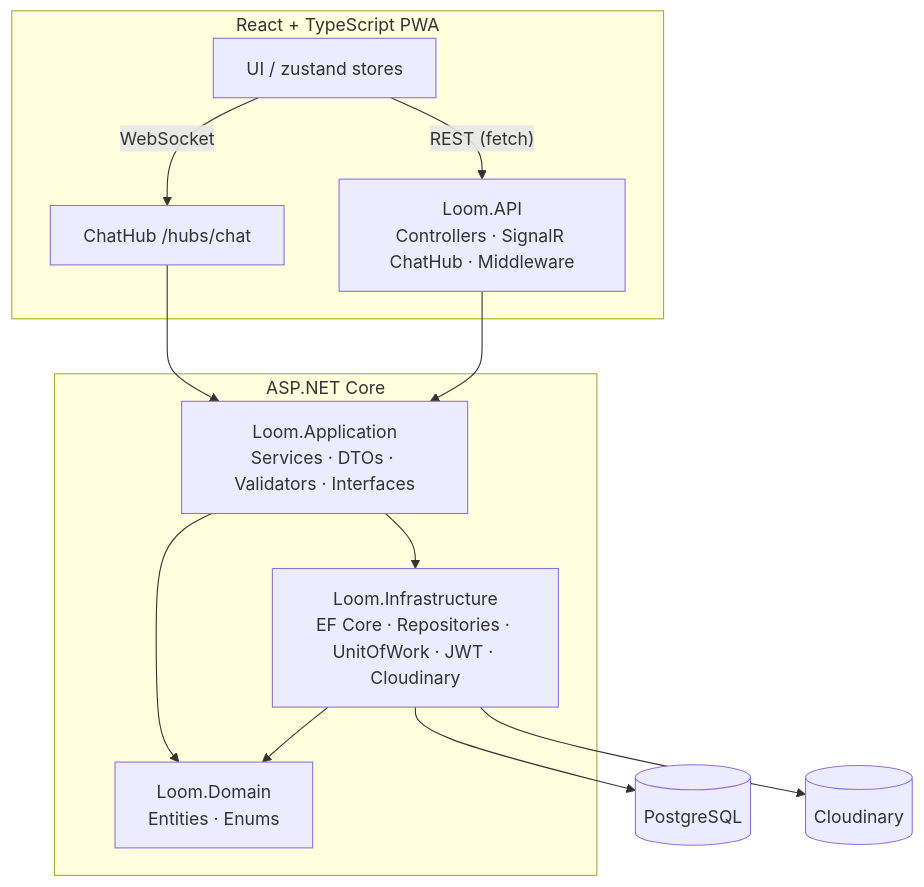
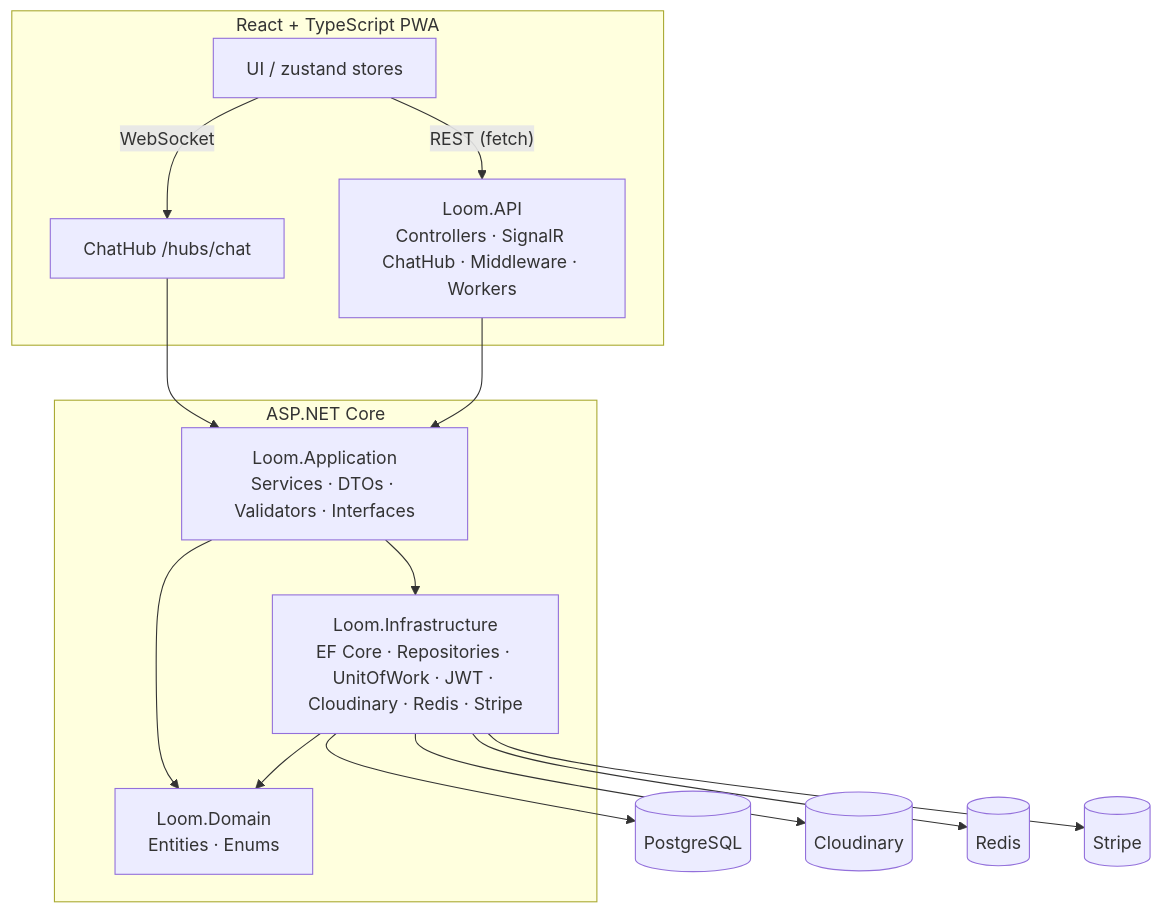
The diagram in README.md (LaGretta/Loom), drawn with Mermaid before and after one commit. The commit also changed other lines of this file and 24 other files, not shown here.

````diff
--- a/README.md
+++ b/README.md
@@ -85,19 +129,21 @@
 ```mermaid
 flowchart TD
     subgraph Client["React + TypeScript PWA"]
       UI["UI / zustand stores"] -- "REST (fetch)" --> API
       UI -- "WebSocket" --> HUB
     end
     subgraph Server["ASP.NET Core"]
-      API["Loom.API<br/>Controllers · SignalR ChatHub · Middleware"]
+      API["Loom.API<br/>Controllers · SignalR ChatHub · Middleware · Workers"]
       HUB["ChatHub /hubs/chat"]
       APP["Loom.Application<br/>Services · DTOs · Validators · Interfaces"]
-      INFRA["Loom.Infrastructure<br/>EF Core · Repositories · UnitOfWork · JWT · Cloudinary"]
+      INFRA["Loom.Infrastructure<br/>EF Core · Repositories · UnitOfWork · JWT · Cloudinary · Redis · Stripe"]
       DOM["Loom.Domain<br/>Entities · Enums"]
       API --> APP --> INFRA --> DOM
       APP --> DOM
       HUB --> APP
     end
     INFRA --> DB[("PostgreSQL")]
     INFRA --> CLD[("Cloudinary")]
+    INFRA --> RDS[("Redis")]
+    INFRA --> STR[("Stripe")]
 ```
````
